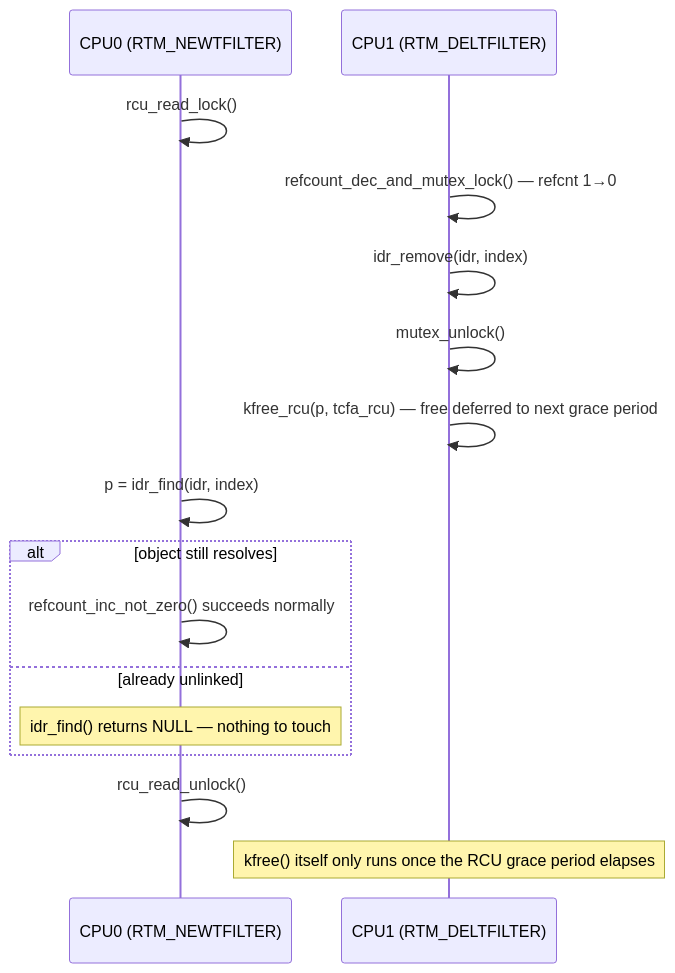
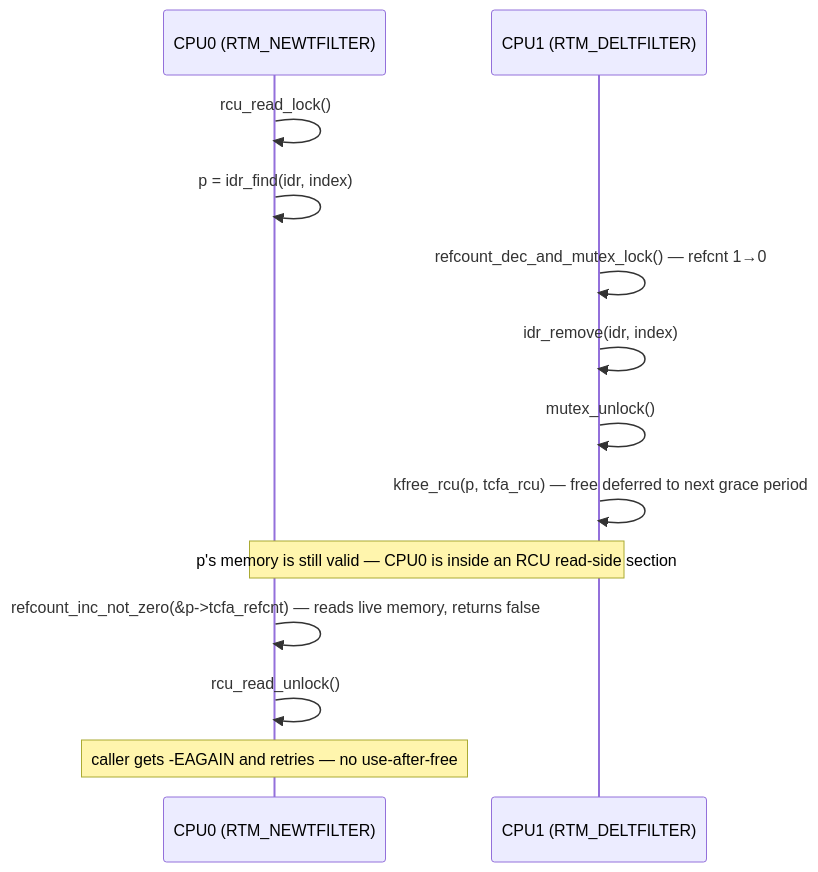
The third of 3 diagrams in docs/net/war-stories/act-api-uaf.md (laveeshb/linux-kernel-internals), drawn with Mermaid before and after one commit. The commit also changed other lines of this file and 1 other file, not shown here.

````diff
--- a/docs/net/war-stories/act-api-uaf.md
+++ b/docs/net/war-stories/act-api-uaf.md
@@ -141,18 +161,15 @@
 ```mermaid
 sequenceDiagram
     participant C0 as CPU0 (RTM_NEWTFILTER)
     participant C1 as CPU1 (RTM_DELTFILTER)
     C0->>C0: rcu_read_lock()
+    C0->>C0: p = idr_find(idr, index)
     C1->>C1: refcount_dec_and_mutex_lock() — refcnt 1→0
     C1->>C1: idr_remove(idr, index)
     C1->>C1: mutex_unlock()
     C1->>C1: kfree_rcu(p, tcfa_rcu) — free deferred to next grace period
-    C0->>C0: p = idr_find(idr, index)
-    alt object still resolves
-        C0->>C0: refcount_inc_not_zero() succeeds normally
-    else already unlinked
-        Note over C0: idr_find() returns NULL — nothing to touch
-    end
+    Note over C0,C1: p's memory is still valid — CPU0 is inside an RCU read-side section
+    C0->>C0: refcount_inc_not_zero(&p->tcfa_refcnt) — reads live memory, returns false
     C0->>C0: rcu_read_unlock()
-    Note over C1: kfree() itself only runs once the RCU grace period elapses
+    Note over C0: caller gets -EAGAIN and retries — no use-after-free
 ```
````
